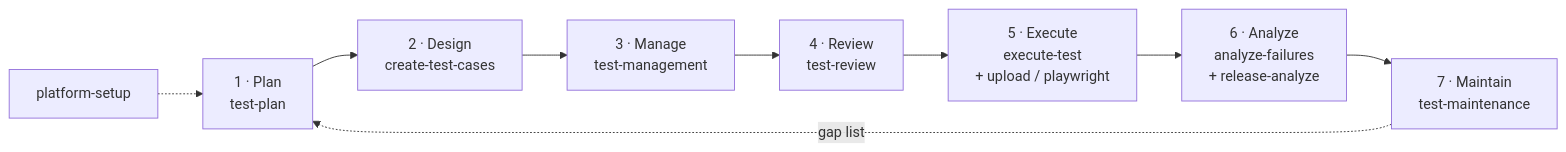
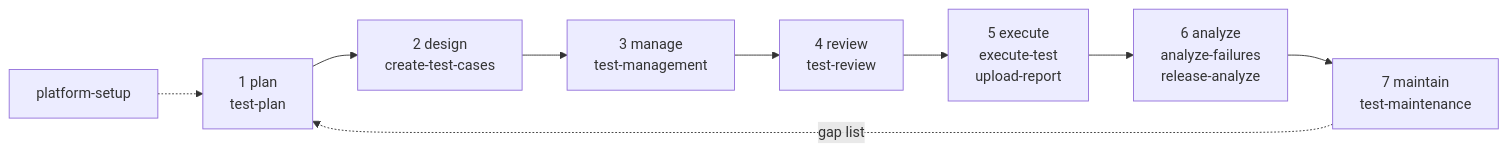
The diagram in README.md (katalon-labs/true-skills), drawn with Mermaid before and after one commit. The commit also changed other lines of this file and 3 other files, not shown here.

````diff
--- a/README.md
+++ b/README.md
@@ -67,11 +83,11 @@
 ```mermaid
 flowchart LR
-  P["1 · Plan<br/>test-plan"] --> D["2 · Design<br/>create-test-cases"]
-  D --> M["3 · Manage<br/>test-management"]
-  M --> R["4 · Review<br/>test-review"]
-  R --> E["5 · Execute<br/>execute-test<br/>+ upload / playwright"]
-  E --> A["6 · Analyze<br/>analyze-failures<br/>+ release-analyze"]
-  A --> T["7 · Maintain<br/>test-maintenance"]
+  P["1 plan<br/>test-plan"] --> D["2 design<br/>create-test-cases"]
+  D --> M["3 manage<br/>test-management"]
+  M --> R["4 review<br/>test-review"]
+  R --> E["5 execute<br/>execute-test<br/>upload-report"]
+  E --> A["6 analyze<br/>analyze-failures<br/>release-analyze"]
+  A --> T["7 maintain<br/>test-maintenance"]
   T -. gap list .-> P
   S["platform-setup"] -.-> P
 ```
````
